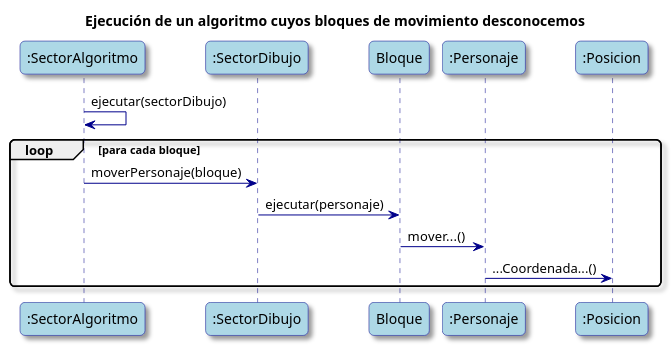
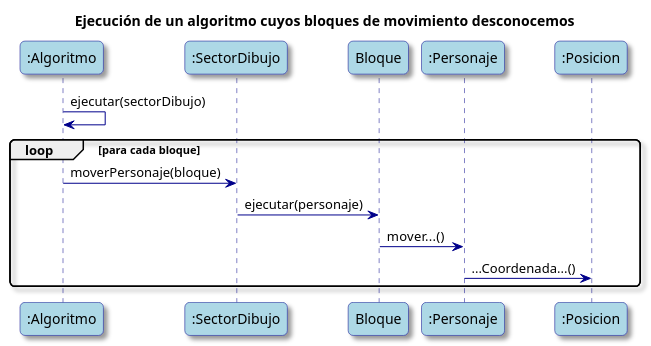
The fourth of 7 diagrams in diagramas-uml.puml (valva-ro/Algo3-TP2-AlgoBlocks), drawn with PlantUML before and after one commit. The commit also changed other lines of this file, not shown here.

```diff
--- a/diagramas-uml.puml
+++ b/diagramas-uml.puml
@@ -159,37 +169,37 @@
 @startuml
 'Diagrama de secuencia para el caso de ejecución de un algoritmo con un solo bloque de mover a la derecha
 skinparam classAttributeIconSize 0
 skinparam backgroundColor White
 skinparam RoundCorner 10
 skinparam Shadowing true
 skinparam ArrowColor DarkBlue
 skinparam SequenceLifeLineBorderColor DarkBlue
 skinparam SequenceLoopBackgroundColor DarkBlue
 
 skinparam actor {
     BackgroundColor LightBlue
     BorderColor DarkBlue
 }
 
 skinparam participant {
     Bound DarkBlue
     BackgroundColor LightBlue
     BorderColor DarkBlue
 }
 
 title Ejecución de un algoritmo cuyos bloques de movimiento desconocemos
 
-participant ":SectorAlgoritmo" as SectorAlgoritmo
+participant ":Algoritmo" as Algoritmo
 participant ":SectorDibujo" as SectorDibujo
 participant "Bloque" as Bloque
 participant ":Personaje" as Personaje
 participant ":Posicion" as Posicion
 
-SectorAlgoritmo -> SectorAlgoritmo : ejecutar(sectorDibujo)
+Algoritmo -> Algoritmo : ejecutar(sectorDibujo)
 loop para cada bloque
-    SectorAlgoritmo -> SectorDibujo : moverPersonaje(bloque)
+    Algoritmo -> SectorDibujo : moverPersonaje(bloque)
     SectorDibujo -> Bloque : ejecutar(personaje)
     Bloque -> Personaje : mover...()
     Personaje -> Posicion : ...Coordenada...()
 end
 @enduml
```
